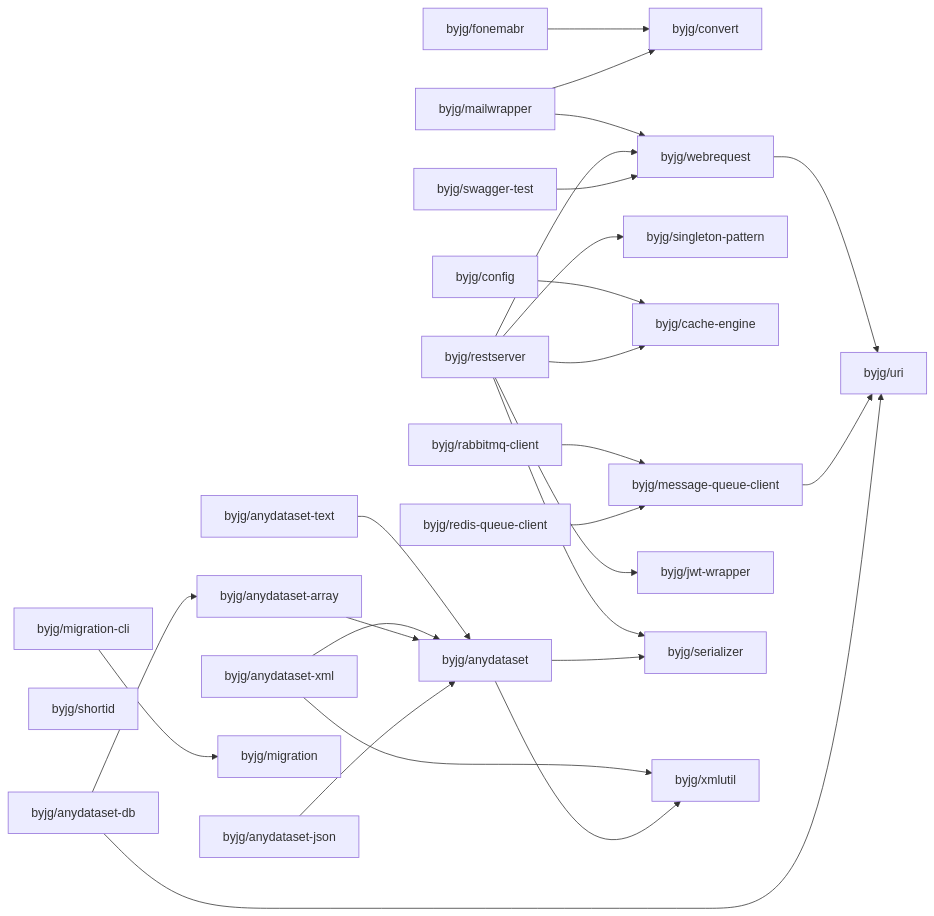
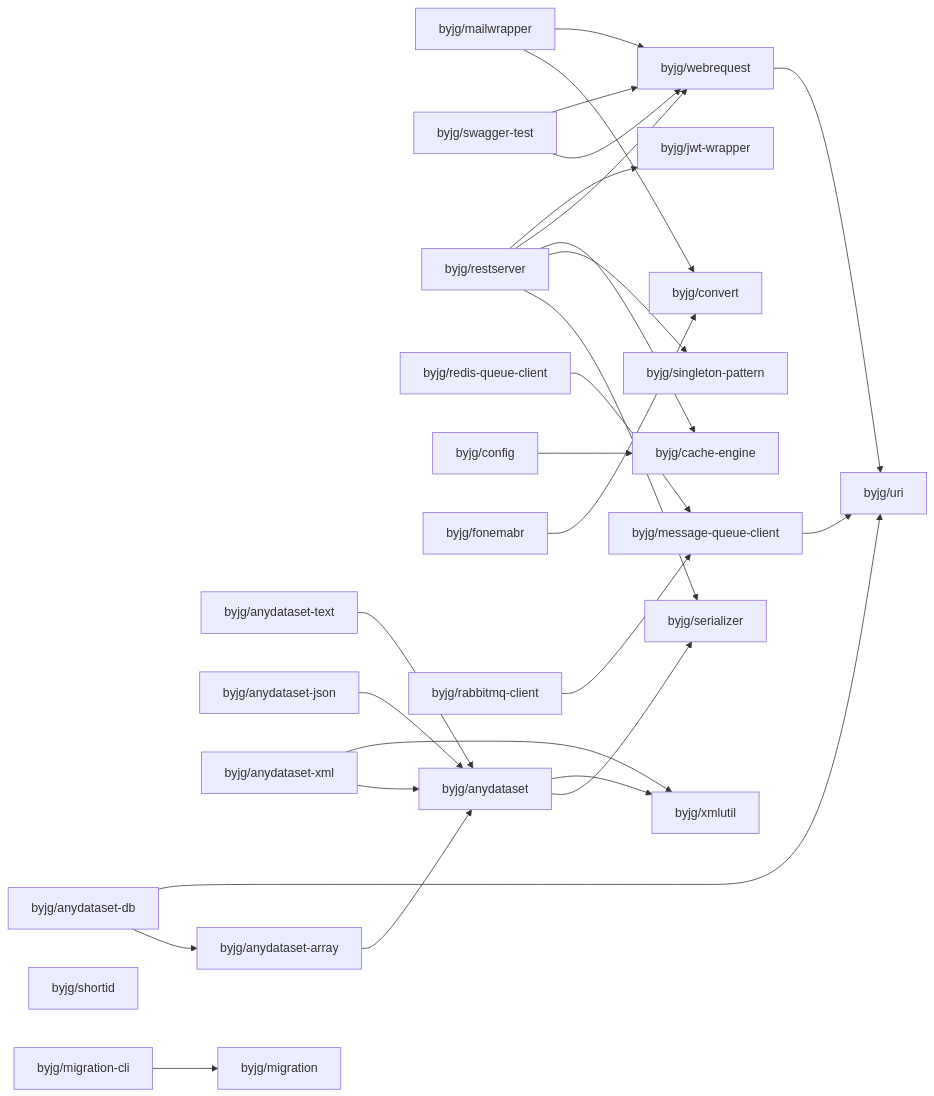
Before and after one commit to byjg/byjg.github.io: the diagram in php/README.md, drawn with Mermaid. The commit also changed 2 other files, not shown here.

Commit message:
Update documentation 'php' 'php-swagger-test'

````diff
--- a/php/README.md
+++ b/php/README.md
@@ -3,52 +3,53 @@
 ```mermaid
 graph LR;
+  byjg/mailwrapper;
+  byjg/swagger-test;
+  byjg/restserver;
+  byjg/redis-queue-client;
+  byjg/config;
   byjg/anydataset-text;
+  byjg/anydataset-json;
   byjg/migration-cli;
+  byjg/shortid;
   byjg/fonemabr;
-  byjg/redis-queue-client;
-  byjg/shortid;
-  byjg/config;
+  byjg/anydataset-xml;
   byjg/anydataset-db;
-  byjg/mailwrapper;
   byjg/rabbitmq-client;
-  byjg/anydataset-xml;
-  byjg/swagger-test;
-  byjg/anydataset-json;
-  byjg/restserver;
-  byjg/migration;
-  byjg/anydataset-array;
-  byjg/convert;
-  byjg/message-queue-client;
   byjg/singleton-pattern;
-  byjg/cache-engine;
   byjg/webrequest;
   byjg/jwt-wrapper;
+  byjg/cache-engine;
+  byjg/migration;
+  byjg/convert;
+  byjg/anydataset-array;
+  byjg/message-queue-client;
   byjg/anydataset;
   byjg/uri;
   byjg/serializer;
   byjg/xmlutil;
   byjg/fonemabr --> byjg/convert;
   byjg/config --> byjg/cache-engine;
   byjg/anydataset-text --> byjg/anydataset;
   byjg/webrequest --> byjg/uri;
   byjg/rabbitmq-client --> byjg/message-queue-client;
   byjg/anydataset-xml --> byjg/anydataset;
   byjg/anydataset-xml --> byjg/xmlutil;
   byjg/anydataset-array --> byjg/anydataset;
   byjg/mailwrapper --> byjg/convert;
   byjg/mailwrapper --> byjg/webrequest;
   byjg/message-queue-client --> byjg/uri;
   byjg/anydataset-db --> byjg/anydataset-array;
   byjg/anydataset-db --> byjg/uri;
   byjg/anydataset-json --> byjg/anydataset;
+  byjg/swagger-test --> byjg/webrequest;
   byjg/redis-queue-client --> byjg/message-queue-client;
   byjg/restserver --> byjg/serializer;
   byjg/restserver --> byjg/singleton-pattern;
   byjg/restserver --> byjg/cache-engine;
   byjg/restserver --> byjg/webrequest;
   byjg/restserver --> byjg/jwt-wrapper;
   byjg/swagger-test --> byjg/webrequest;
   byjg/migration-cli --> byjg/migration;
   byjg/anydataset --> byjg/serializer;
   byjg/anydataset --> byjg/xmlutil;
 ```
````
